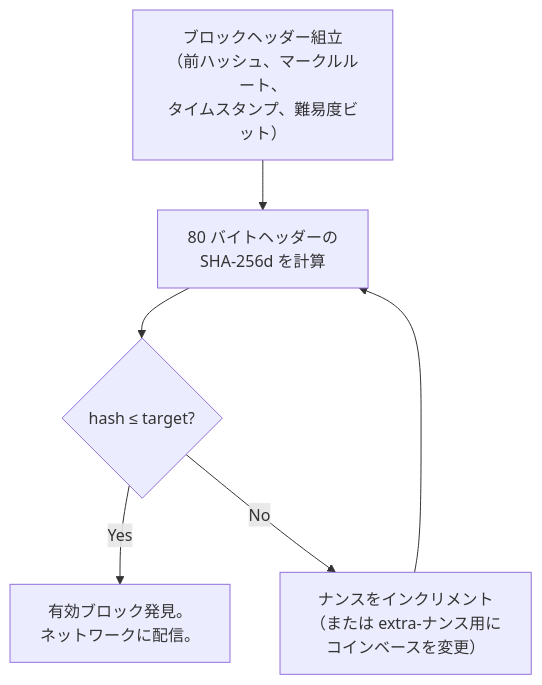
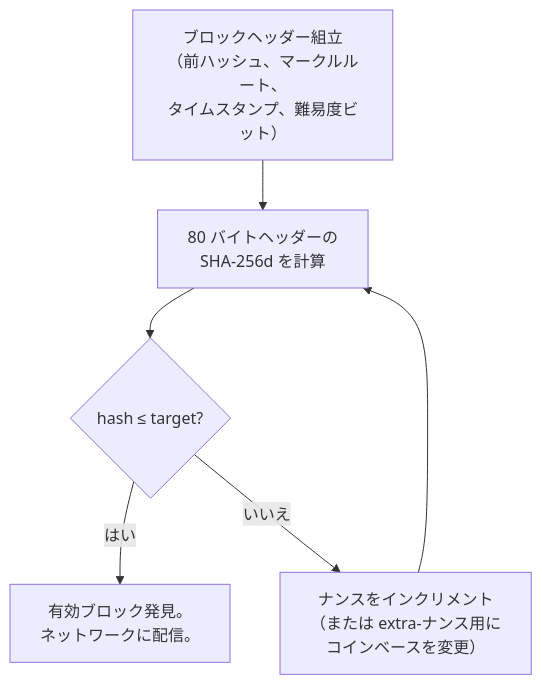
Before and after one commit to cypher256/BitcoinArchive: the first of 5 diagrams in src/data/translations/ja/design/2009-01-03-bitcoin-consensus-design.md, drawn with Mermaid. The commit also changed other lines of this file and 7 other files, not shown here.

````diff
--- a/src/data/translations/ja/design/2009-01-03-bitcoin-consensus-design.md
+++ b/src/data/translations/ja/design/2009-01-03-bitcoin-consensus-design.md
@@ -52,8 +52,8 @@
 ```mermaid
 flowchart TD
     START["ブロックヘッダー組立\n（前ハッシュ、マークルルート、\nタイムスタンプ、難易度ビット）"] --> HASH["80 バイトヘッダーの\nSHA-256d を計算"]
     HASH --> CMP{"hash ≤ target?"}
-    CMP -- "Yes" --> FOUND["有効ブロック発見。\nネットワークに配信。"]
-    CMP -- "No" --> INC["ナンスをインクリメント\n（または extra-ナンス用に\nコインベースを変更）"]
+    CMP -- "はい" --> FOUND["有効ブロック発見。\nネットワークに配信。"]
+    CMP -- "いいえ" --> INC["ナンスをインクリメント\n（または extra-ナンス用に\nコインベースを変更）"]
     INC --> HASH
 ```
````
